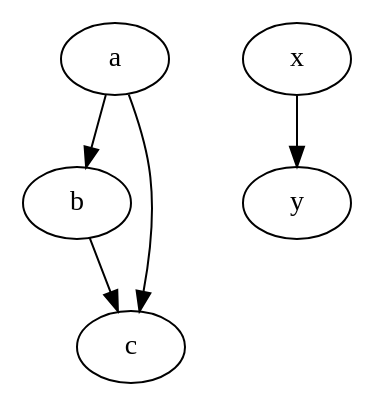
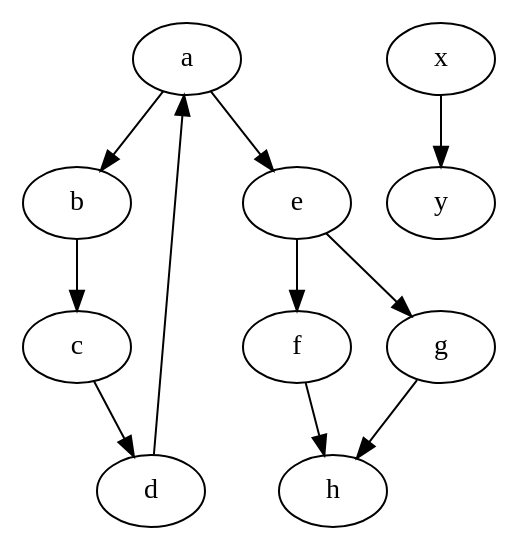
One commit to Daksh1914/java-graph-search-visualizer changed the diagram in output.dot. Above: the diagram before and after it, drawn with Graphviz. The commit also changed 7 other files, not shown here.

Commit message:
Complete Part 3 graph search demo updates

```diff
--- a/output.dot
+++ b/output.dot
@@ -1,6 +1,12 @@
 digraph G {
     a -> b;
-    a -> c;
+    a -> e;
     b -> c;
+    c -> d;
+    d -> a;
+    e -> f;
+    e -> g;
+    f -> h;
+    g -> h;
     x -> y;
 }
```
